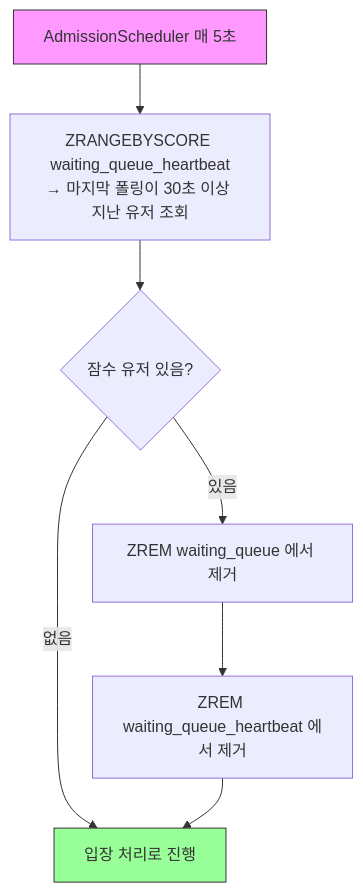
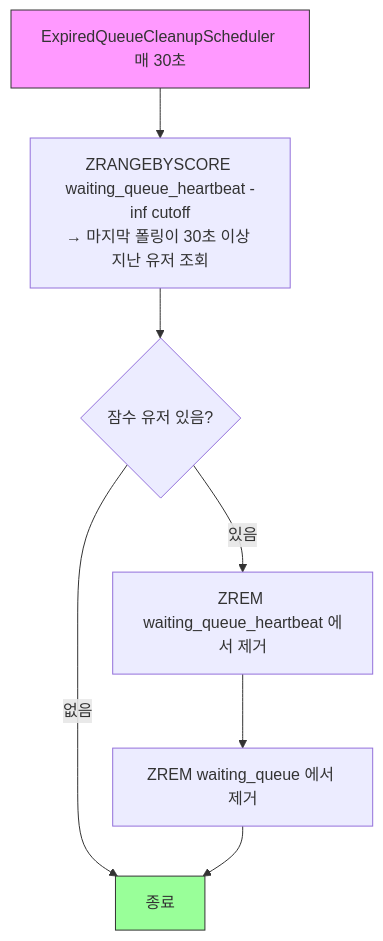
One commit to irnd04/zticket changed the third of 7 diagrams in README.md. Above: the diagram before and after it, drawn with Mermaid. The commit also changed other lines of this file and 2 other files, not shown here.

First line of the commit message:
docs: removeExpired 별도 스케줄러 분리 및 peekBatch 변경사항 README 반영

````diff
--- a/README.md
+++ b/README.md
@@ -113,12 +113,12 @@
 ```mermaid
 flowchart TD
-    A[AdmissionScheduler 매 5초] --> B["ZRANGEBYSCORE waiting_queue_heartbeat<br/>→ 마지막 폴링이 30초 이상 지난 유저 조회"]
+    A[ExpiredQueueCleanupScheduler 매 30초] --> B["ZRANGEBYSCORE waiting_queue_heartbeat -inf cutoff<br/>→ 마지막 폴링이 30초 이상 지난 유저 조회"]
     B --> C{잠수 유저 있음?}
-    C -- 없음 --> END[입장 처리로 진행]
-    C -- 있음 --> D[ZREM waiting_queue 에서 제거]
-    D --> E[ZREM waiting_queue_heartbeat 에서 제거]
+    C -- 없음 --> END[종료]
+    C -- 있음 --> D[ZREM waiting_queue_heartbeat 에서 제거]
+    D --> E[ZREM waiting_queue 에서 제거]
     E --> END
 
     style A fill:#f9f,stroke:#333
     style END fill:#9f9,stroke:#333
 ```
````
